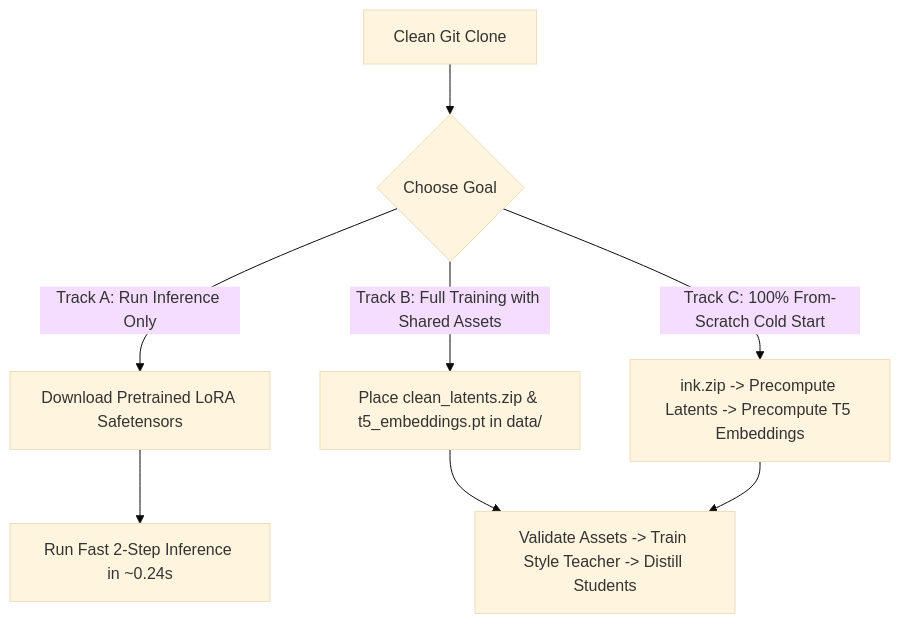
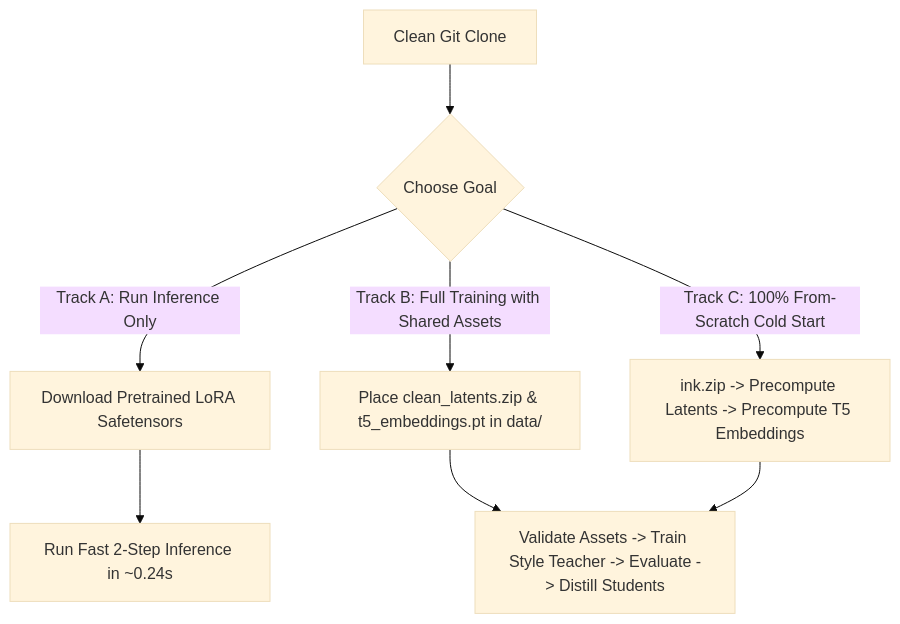
The diagram in INSTRUCTIONS.md (jackyckp/efficient-pixart-sigma-lora), drawn with Mermaid (base theme) before and after one commit. The commit also changed other lines of this file, not shown here.

````diff
--- a/INSTRUCTIONS.md
+++ b/INSTRUCTIONS.md
@@ -78,10 +86,10 @@
 ```mermaid
 flowchart TD
     A[Clean Git Clone] --> B{Choose Goal}
     B -->|Track A: Run Inference Only| C[Download Pretrained LoRA Safetensors]
     C --> D[Run Fast 2-Step Inference in ~0.24s]
     B -->|Track B: Full Training with Shared Assets| E[Place clean_latents.zip & t5_embeddings.pt in data/]
-    E --> F[Validate Assets -> Train Style Teacher -> Distill Students]
+    E --> F[Validate Assets -> Train Style Teacher -> Evaluate -> Distill Students]
     B -->|Track C: 100% From-Scratch Cold Start| G[ink.zip -> Precompute Latents -> Precompute T5 Embeddings]
     G --> F
 ```
````
